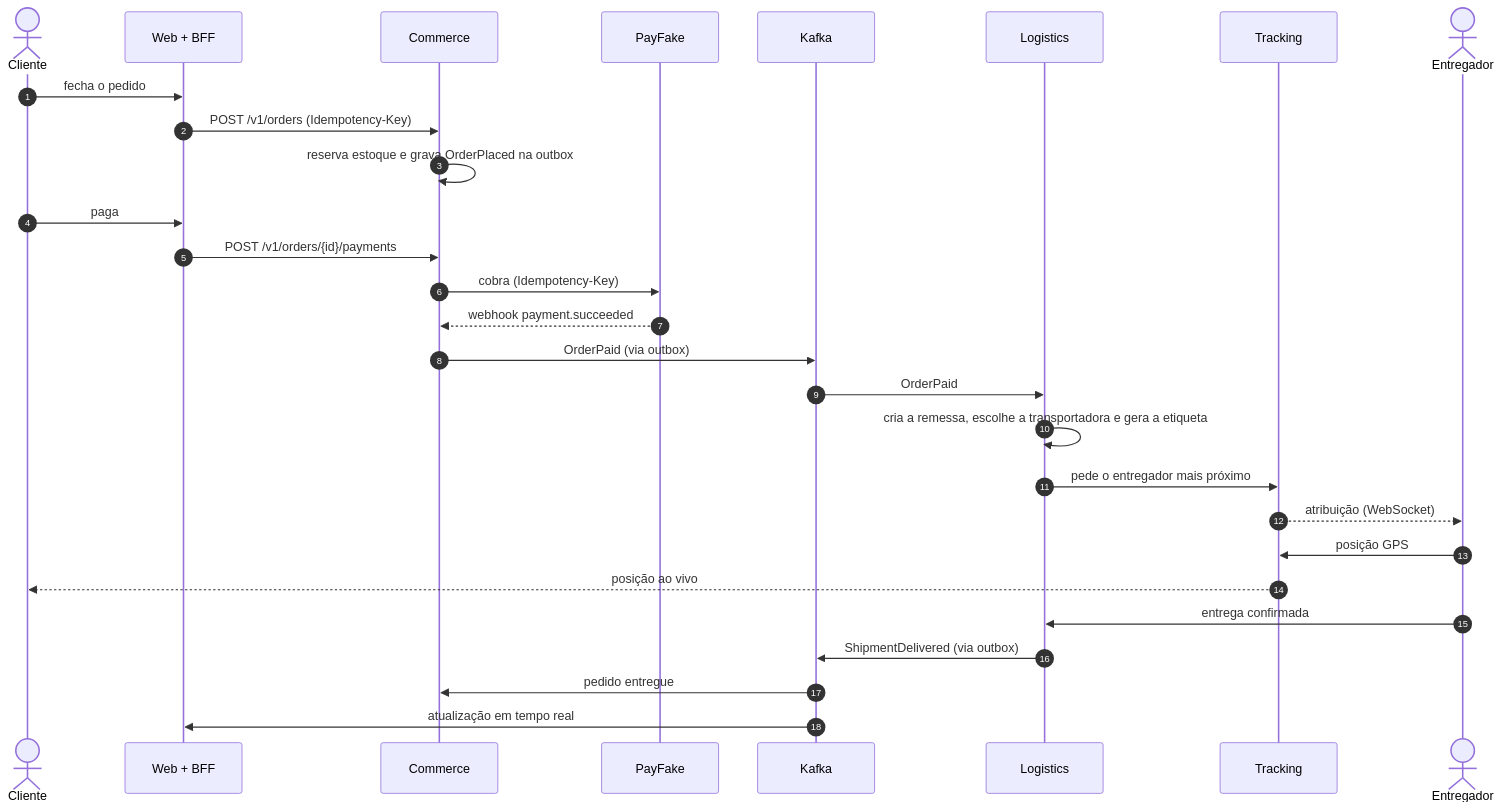
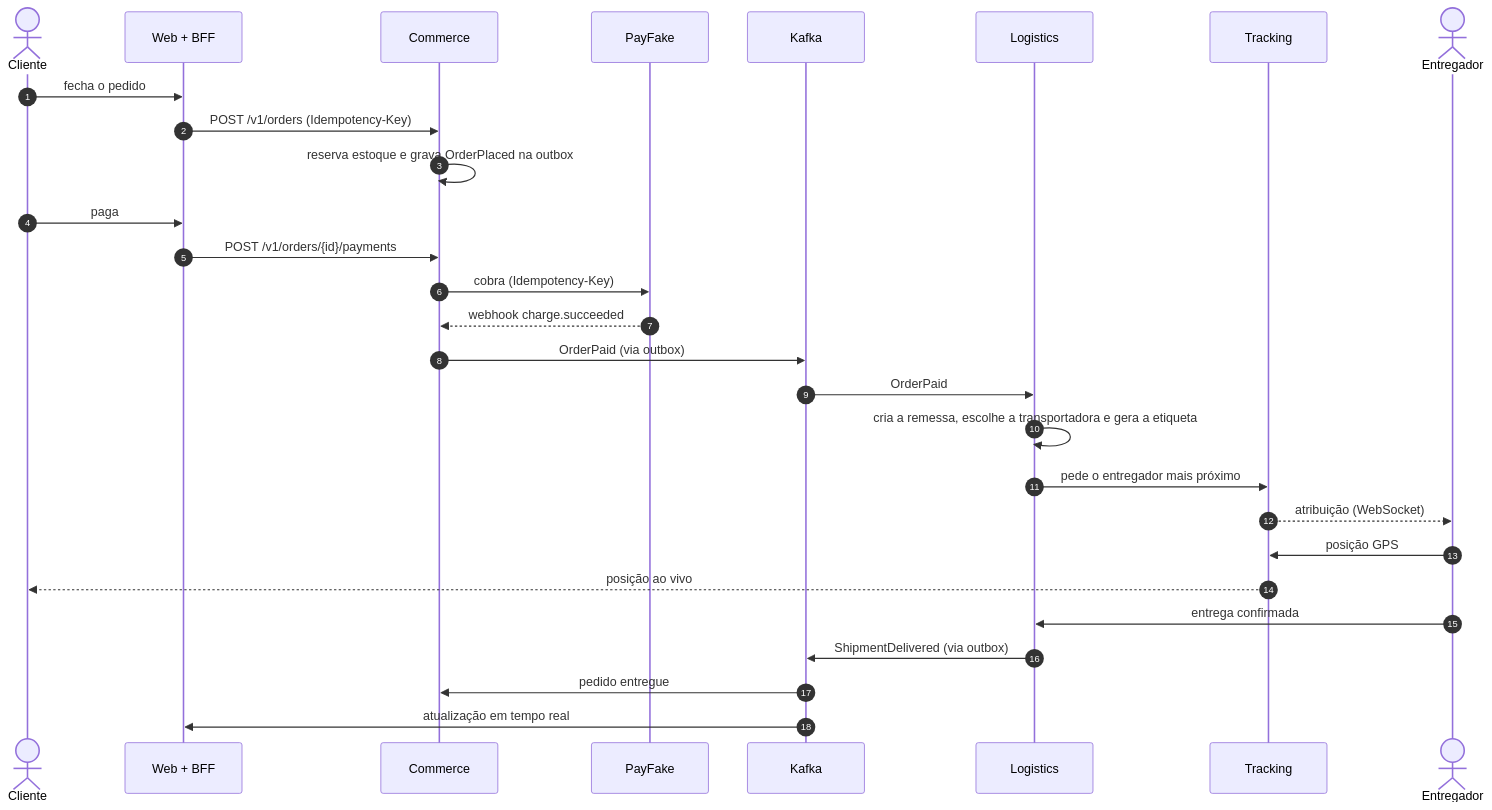
The third of 3 diagrams in docs/architecture/README.md (flaviotinococoutinho/Tucano_vibe_chaos), drawn with Mermaid before and after one commit. The commit also changed 2 other files, not shown here.

Commit message:
docs: payfake in the architecture and local environment

````diff
--- a/docs/architecture/README.md
+++ b/docs/architecture/README.md
@@ -122,31 +122,31 @@
 ```mermaid
 sequenceDiagram
   autonumber
   actor C as Cliente
   participant W as Web + BFF
   participant CM as Commerce
   participant PSP as PayFake
   participant K as Kafka
   participant LG as Logistics
   participant TR as Tracking
   actor E as Entregador
 
   C->>W: fecha o pedido
   W->>CM: POST /v1/orders (Idempotency-Key)
   CM->>CM: reserva estoque e grava OrderPlaced na outbox
   C->>W: paga
   W->>CM: POST /v1/orders/{id}/payments
   CM->>PSP: cobra (Idempotency-Key)
-  PSP-->>CM: webhook payment.succeeded
+  PSP-->>CM: webhook charge.succeeded
   CM->>K: OrderPaid (via outbox)
   K->>LG: OrderPaid
   LG->>LG: cria a remessa, escolhe a transportadora e gera a etiqueta
   LG->>TR: pede o entregador mais próximo
   TR-->>E: atribuição (WebSocket)
   E->>TR: posição GPS
   TR-->>C: posição ao vivo
   E->>LG: entrega confirmada
   LG->>K: ShipmentDelivered (via outbox)
   K->>CM: pedido entregue
   K->>W: atualização em tempo real
 ```
````
